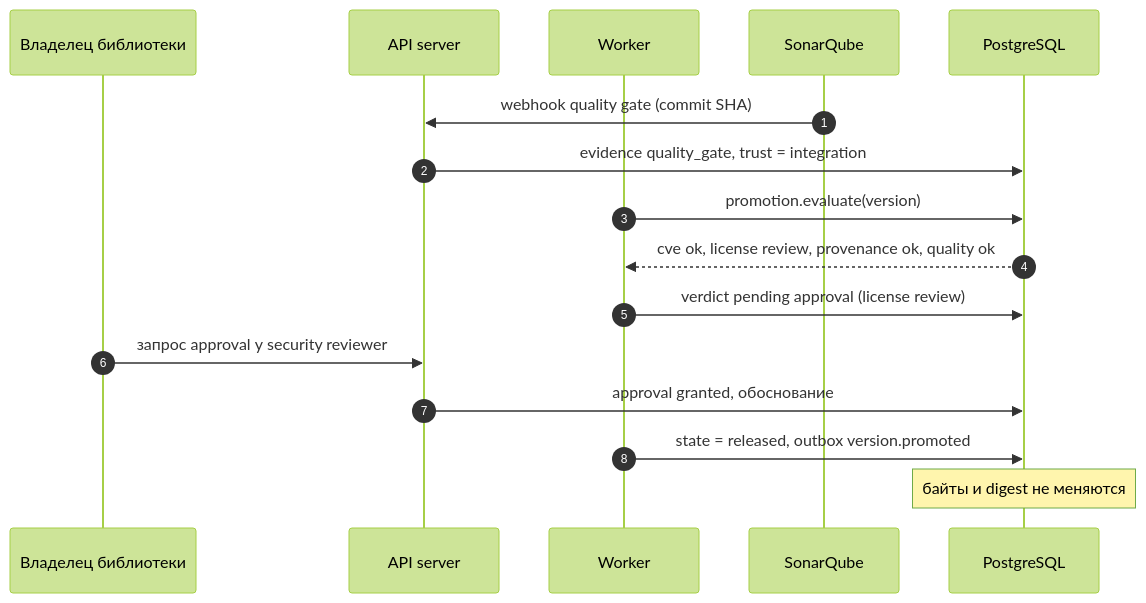
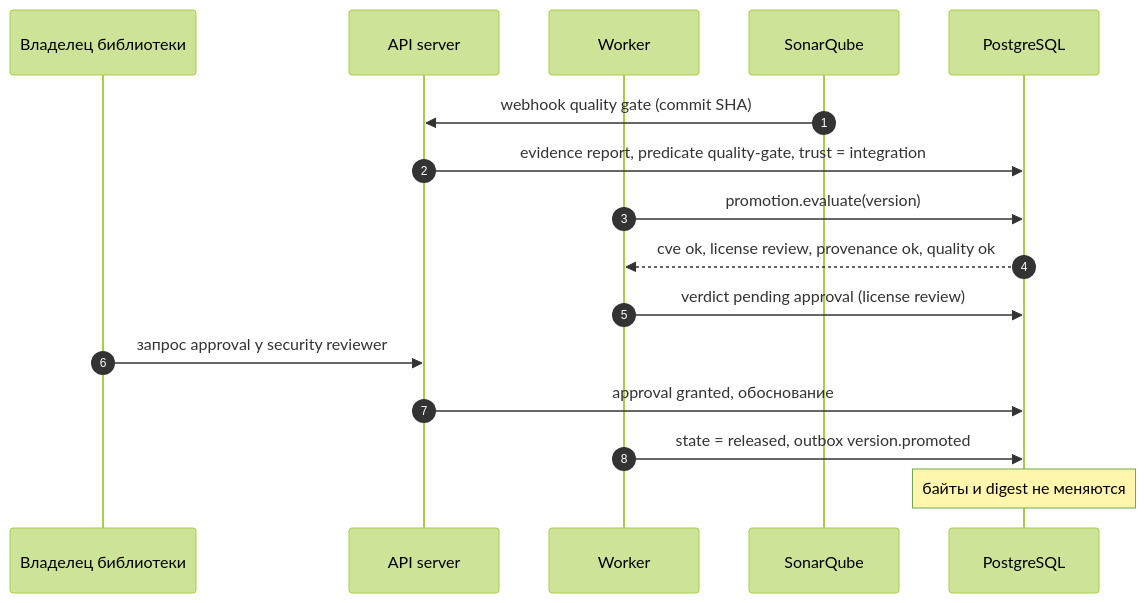
Before and after one commit to izevg/CRANE: the fifth of 7 diagrams in docs/product/12-sequence-diagrams.md, drawn with Mermaid (forest theme). The commit also changed 6 other files, not shown here.

````diff
--- a/docs/product/12-sequence-diagrams.md
+++ b/docs/product/12-sequence-diagrams.md
@@ -113,18 +113,18 @@
 ```mermaid
 sequenceDiagram
   autonumber
   participant O as Владелец библиотеки
   participant A as API server
   participant W as Worker
   participant SQ as SonarQube
   participant P as PostgreSQL
   SQ->>A: webhook quality gate (commit SHA)
-  A->>P: evidence quality_gate, trust = integration
+  A->>P: evidence report, predicate quality-gate, trust = integration
   W->>P: promotion.evaluate(version)
   P-->>W: cve ok, license review, provenance ok, quality ok
   W->>P: verdict pending approval (license review)
   O->>A: запрос approval у security reviewer
   A->>P: approval granted, обоснование
   W->>P: state = released, outbox version.promoted
   Note over P: байты и digest не меняются
 ```
````
